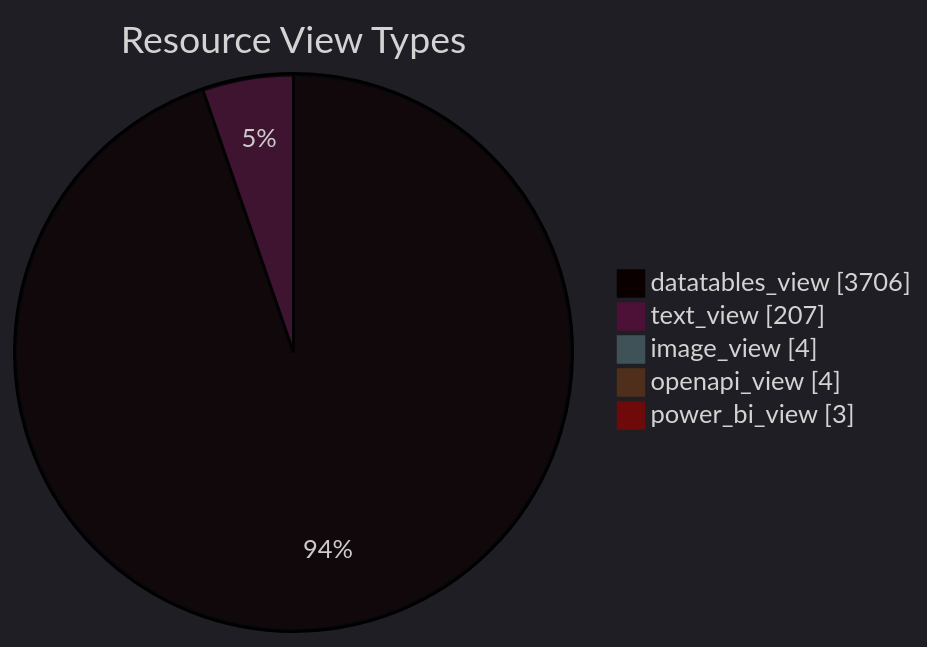
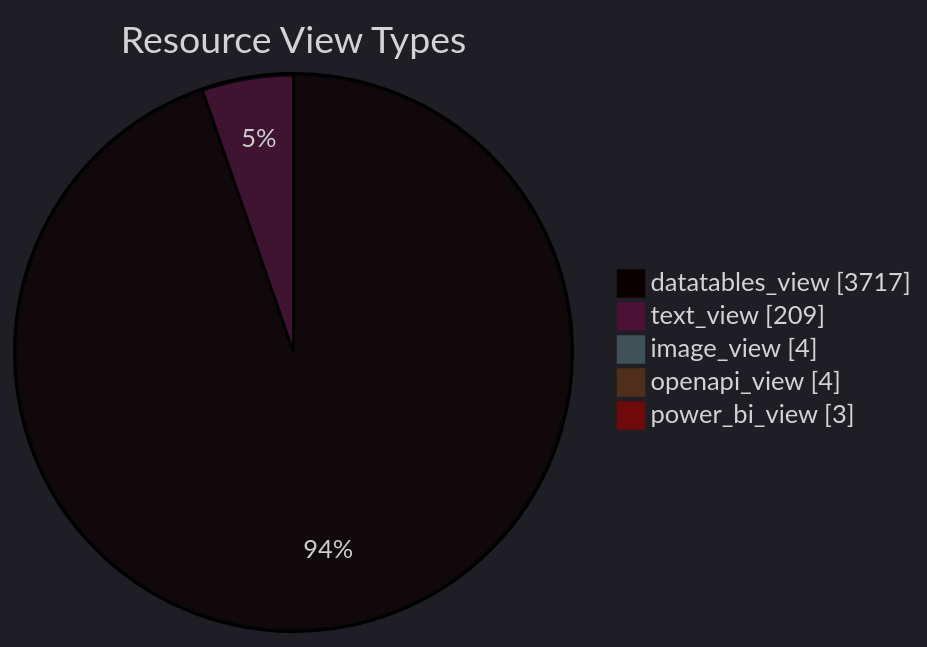
Before and after one commit to open-data/analytics-corporate-reporting: the diagram in datastore_tracker/resource_view_types_pie_chart.md, drawn with Mermaid. The commit also changed 11 other files, not shown here.

````diff
--- a/datastore_tracker/resource_view_types_pie_chart.md
+++ b/datastore_tracker/resource_view_types_pie_chart.md
@@ -2,12 +2,12 @@
 ```mermaid
 ---
 config:
   theme: dark
 ---
 pie showData title Resource View Types
-    "datatables_view": 3706
-    "text_view": 207
+    "datatables_view": 3717
+    "text_view": 209
     "image_view": 4
     "openapi_view": 4
     "power_bi_view": 3
 ```
````
